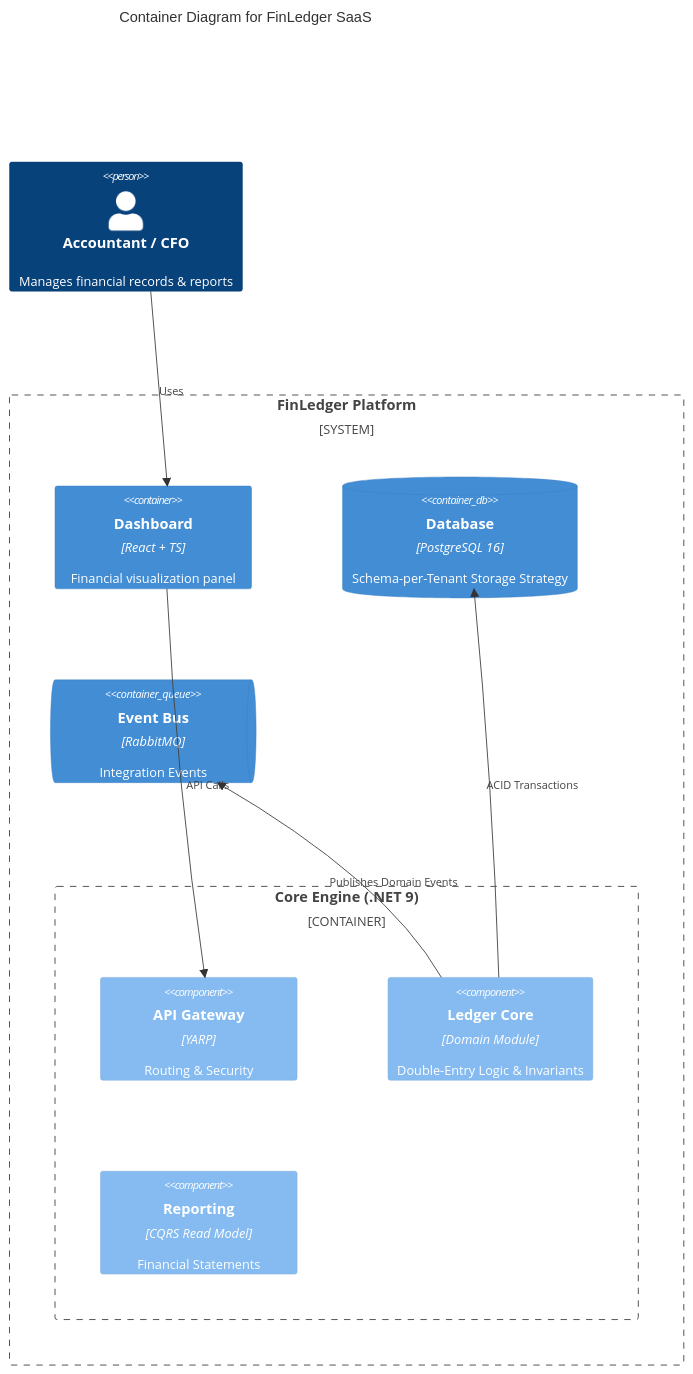
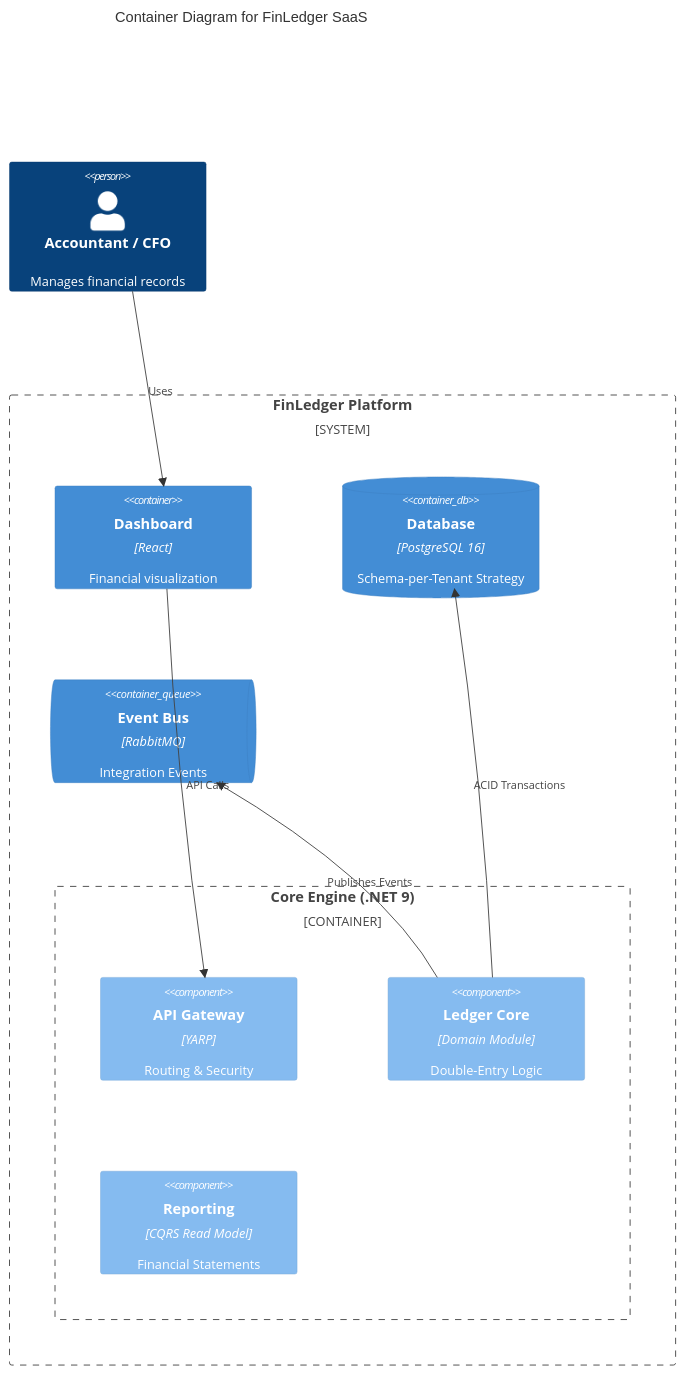
One commit to amirhosein2015/FinLedger changed the diagram in README.md. Above: the diagram before and after it, drawn with Mermaid. The commit also changed other lines of this file and 60 other files, not shown here.

````diff
--- a/README.md
+++ b/README.md
@@ -13,20 +16,19 @@
 ```mermaid
 C4Container
     title Container Diagram for FinLedger SaaS
-
-    Person(accountant, "Accountant / CFO", "Manages financial records & reports")
+    Person(accountant, "Accountant / CFO", "Manages financial records")
     System_Boundary(c1, "FinLedger Platform") {
-        Container(spa, "Dashboard", "React + TS", "Financial visualization panel")
+        Container(spa, "Dashboard", "React", "Financial visualization")
         Container_Boundary(backend, "Core Engine (.NET 9)") {
             Component(api, "API Gateway", "YARP", "Routing & Security")
-            Component(mod_ledger, "Ledger Core", "Domain Module", "Double-Entry Logic & Invariants")
+            Component(mod_ledger, "Ledger Core", "Domain Module", "Double-Entry Logic")
             Component(mod_report, "Reporting", "CQRS Read Model", "Financial Statements")
         }
-        ContainerDb(db, "Database", "PostgreSQL 16", "Schema-per-Tenant Storage Strategy")
+        ContainerDb(db, "Database", "PostgreSQL 16", "Schema-per-Tenant Strategy")
         ContainerQueue(bus, "Event Bus", "RabbitMQ", "Integration Events")
     }
     Rel(accountant, spa, "Uses")
     Rel(spa, api, "API Calls")
     Rel(mod_ledger, db, "ACID Transactions")
-    Rel(mod_ledger, bus, "Publishes Domain Events")
+    Rel(mod_ledger, bus, "Publishes Events")
 ```
````
